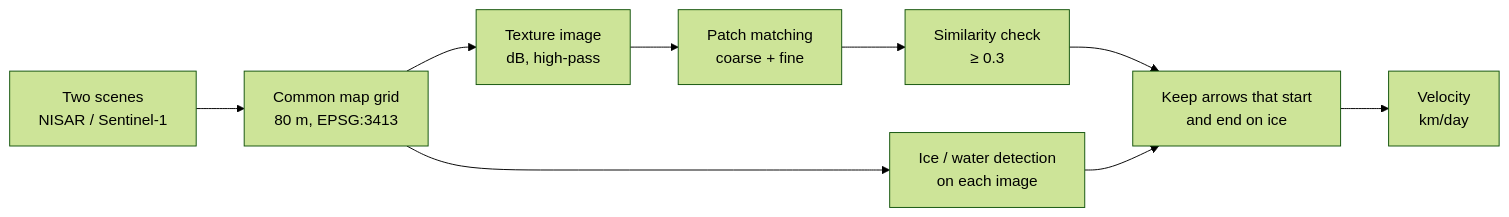
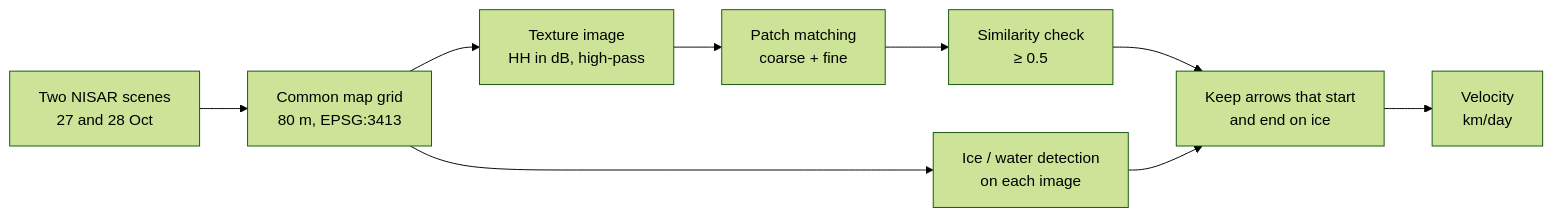
Before and after one commit to SweetBoySavage/iceraider: the diagram in docs/ice_tracking.md, drawn with Mermaid (forest theme). The commit also changed other lines of this file and 3 other files, not shown here.

First line of the commit message:
Chukchi run: NISAR only, similarity threshold 0.5

````diff
--- a/docs/ice_tracking.md
+++ b/docs/ice_tracking.md
@@ -11,11 +11,11 @@
 ```mermaid
 flowchart LR
-    A["Two scenes<br/>NISAR / Sentinel-1"] --> B["Common map grid<br/>80 m, EPSG:3413"]
-    B --> C["Texture image<br/>dB, high-pass"]
+    A["Two NISAR scenes<br/>27 and 28 Oct"] --> B["Common map grid<br/>80 m, EPSG:3413"]
+    B --> C["Texture image<br/>HH in dB, high-pass"]
     C --> D["Patch matching<br/>coarse + fine"]
-    D --> E["Similarity check<br/>≥ 0.3"]
+    D --> E["Similarity check<br/>≥ 0.5"]
     B --> M["Ice / water detection<br/>on each image"]
     E --> F["Keep arrows that start<br/>and end on ice"]
     M --> F
     F --> G["Velocity<br/>km/day"]
 ```
````
